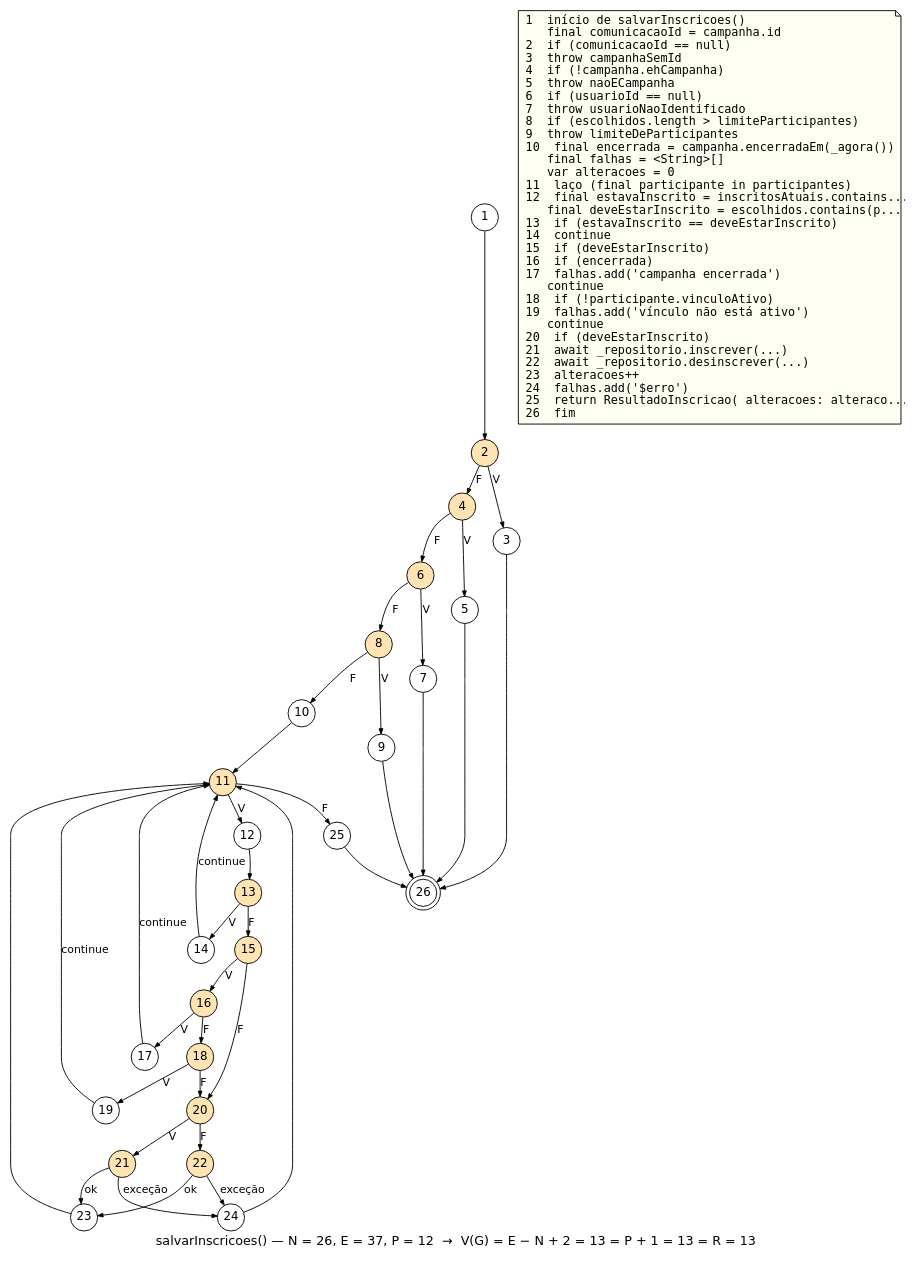
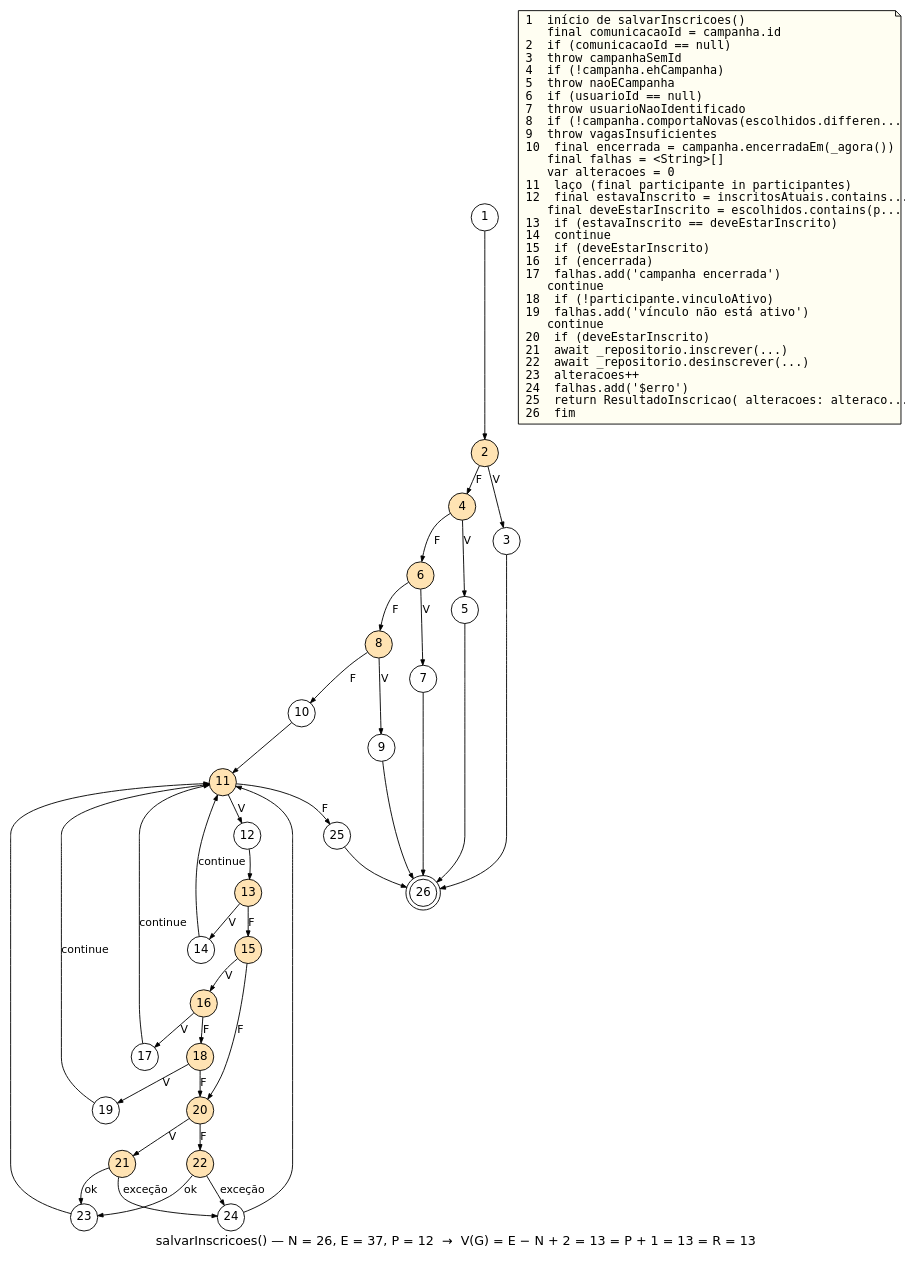
Before and after one commit to Conecta-Vida/Conecta-Vida-Mobile: the diagram in qualidade/relatorios/gfc-salvarInscricoes.dot, drawn with Graphviz. The commit also changed 27 other files, not shown here.

```diff
--- a/qualidade/relatorios/gfc-salvarInscricoes.dot
+++ b/qualidade/relatorios/gfc-salvarInscricoes.dot
@@ -1,69 +1,69 @@
 digraph "salvarInscricoes" {
   graph [fontname="DejaVu Sans", fontsize=14, labelloc=b, rankdir=TB, nodesep=0.3, ranksep=0.22, label="salvarInscricoes() — N = 26, E = 37, P = 12  →  V(G) = E − N + 2 = 13 = P + 1 = 13 = R = 13"];
   node [shape=circle, fontname="DejaVu Sans", fontsize=13, width=0.42, fixedsize=true, style=filled, fillcolor="#ffffff"];
   edge [fontname="DejaVu Sans", fontsize=12, arrowsize=0.6];
   1 [fillcolor="#ffffff"];
   2 [fillcolor="#ffe3b3"];
   3 [fillcolor="#ffffff"];
   4 [fillcolor="#ffe3b3"];
   5 [fillcolor="#ffffff"];
   6 [fillcolor="#ffe3b3"];
   7 [fillcolor="#ffffff"];
   8 [fillcolor="#ffe3b3"];
   9 [fillcolor="#ffffff"];
   10 [fillcolor="#ffffff"];
   11 [fillcolor="#ffe3b3"];
   12 [fillcolor="#ffffff"];
   13 [fillcolor="#ffe3b3"];
   14 [fillcolor="#ffffff"];
   15 [fillcolor="#ffe3b3"];
   16 [fillcolor="#ffe3b3"];
   17 [fillcolor="#ffffff"];
   18 [fillcolor="#ffe3b3"];
   19 [fillcolor="#ffffff"];
   20 [fillcolor="#ffe3b3"];
   21 [fillcolor="#ffe3b3"];
   22 [fillcolor="#ffe3b3"];
   23 [fillcolor="#ffffff"];
   24 [fillcolor="#ffffff"];
   25 [fillcolor="#ffffff"];
   26 [fillcolor="#ffffff", shape=doublecircle];
   1 -> 2;
   2 -> 3 [label="V"];
   3 -> 26;
   2 -> 4 [label="F"];
   4 -> 5 [label="V"];
   5 -> 26;
   4 -> 6 [label="F"];
   6 -> 7 [label="V"];
   7 -> 26;
   6 -> 8 [label="F"];
   8 -> 9 [label="V"];
   9 -> 26;
   8 -> 10 [label="F"];
   10 -> 11;
   11 -> 12 [label="V"];
   12 -> 13;
   13 -> 14 [label="V"];
   14 -> 11 [label="continue"];
   13 -> 15 [label="F"];
   15 -> 16 [label="V"];
   16 -> 17 [label="V"];
   17 -> 11 [label="continue"];
   16 -> 18 [label="F"];
   18 -> 19 [label="V"];
   19 -> 11 [label="continue"];
   18 -> 20 [label="F"];
   15 -> 20 [label="F"];
   20 -> 21 [label="V"];
   20 -> 22 [label="F"];
   21 -> 23 [label="ok"];
   22 -> 23 [label="ok"];
   21 -> 24 [label="exceção"];
   22 -> 24 [label="exceção"];
   23 -> 11;
   24 -> 11;
   11 -> 25 [label="F"];
   25 -> 26;
-  legenda [shape=note, fixedsize=false, fontname="DejaVu Sans Mono", fontsize=13, fillcolor="#fffef2", label=" 1  início de salvarInscricoes()\l    final comunicacaoId = campanha.id\l 2  if (comunicacaoId == null)\l 3  throw campanhaSemId\l 4  if (!campanha.ehCampanha)\l 5  throw naoECampanha\l 6  if (usuarioId == null)\l 7  throw usuarioNaoIdentificado\l 8  if (escolhidos.length > limiteParticipantes)\l 9  throw limiteDeParticipantes\l10  final encerrada = campanha.encerradaEm(_agora())\l    final falhas = <String>[]\l    var alteracoes = 0\l11  laço (final participante in participantes)\l12  final estavaInscrito = inscritosAtuais.contains...\l    final deveEstarInscrito = escolhidos.contains(p...\l13  if (estavaInscrito == deveEstarInscrito)\l14  continue\l15  if (deveEstarInscrito)\l16  if (encerrada)\l17  falhas.add('campanha encerrada')\l    continue\l18  if (!participante.vinculoAtivo)\l19  falhas.add('vínculo não está ativo')\l    continue\l20  if (deveEstarInscrito)\l21  await _repositorio.inscrever(...)\l22  await _repositorio.desinscrever(...)\l23  alteracoes++\l24  falhas.add('$erro')\l25  return ResultadoInscricao( alteracoes: alteraco...\l26  fim\l"];
+  legenda [shape=note, fixedsize=false, fontname="DejaVu Sans Mono", fontsize=13, fillcolor="#fffef2", label=" 1  início de salvarInscricoes()\l    final comunicacaoId = campanha.id\l 2  if (comunicacaoId == null)\l 3  throw campanhaSemId\l 4  if (!campanha.ehCampanha)\l 5  throw naoECampanha\l 6  if (usuarioId == null)\l 7  throw usuarioNaoIdentificado\l 8  if (!campanha.comportaNovas(escolhidos.differen...\l 9  throw vagasInsuficientes\l10  final encerrada = campanha.encerradaEm(_agora())\l    final falhas = <String>[]\l    var alteracoes = 0\l11  laço (final participante in participantes)\l12  final estavaInscrito = inscritosAtuais.contains...\l    final deveEstarInscrito = escolhidos.contains(p...\l13  if (estavaInscrito == deveEstarInscrito)\l14  continue\l15  if (deveEstarInscrito)\l16  if (encerrada)\l17  falhas.add('campanha encerrada')\l    continue\l18  if (!participante.vinculoAtivo)\l19  falhas.add('vínculo não está ativo')\l    continue\l20  if (deveEstarInscrito)\l21  await _repositorio.inscrever(...)\l22  await _repositorio.desinscrever(...)\l23  alteracoes++\l24  falhas.add('$erro')\l25  return ResultadoInscricao( alteracoes: alteraco...\l26  fim\l"];
 }
```
